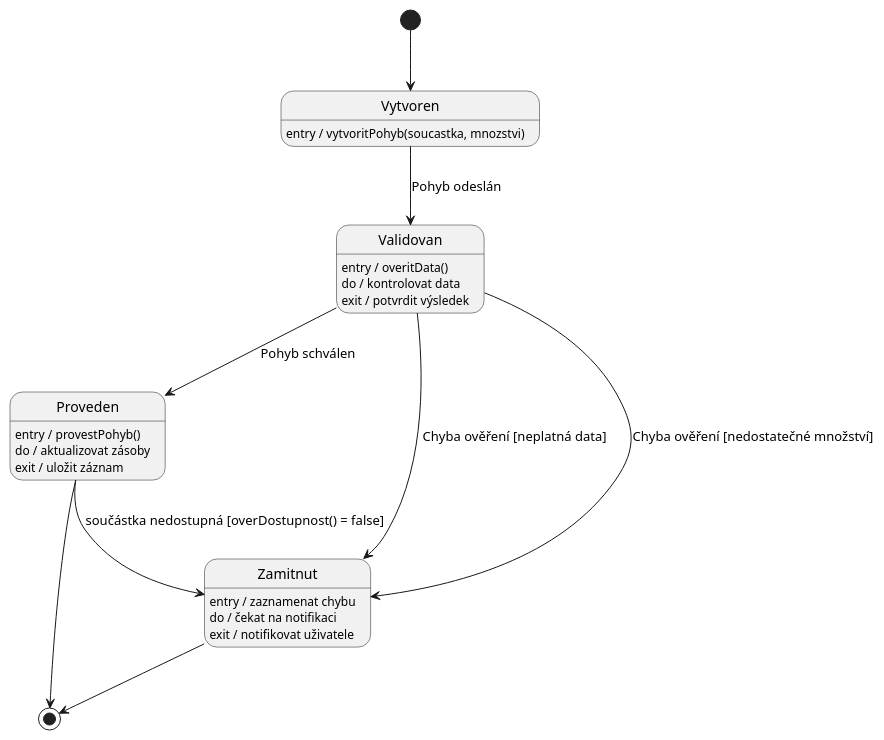
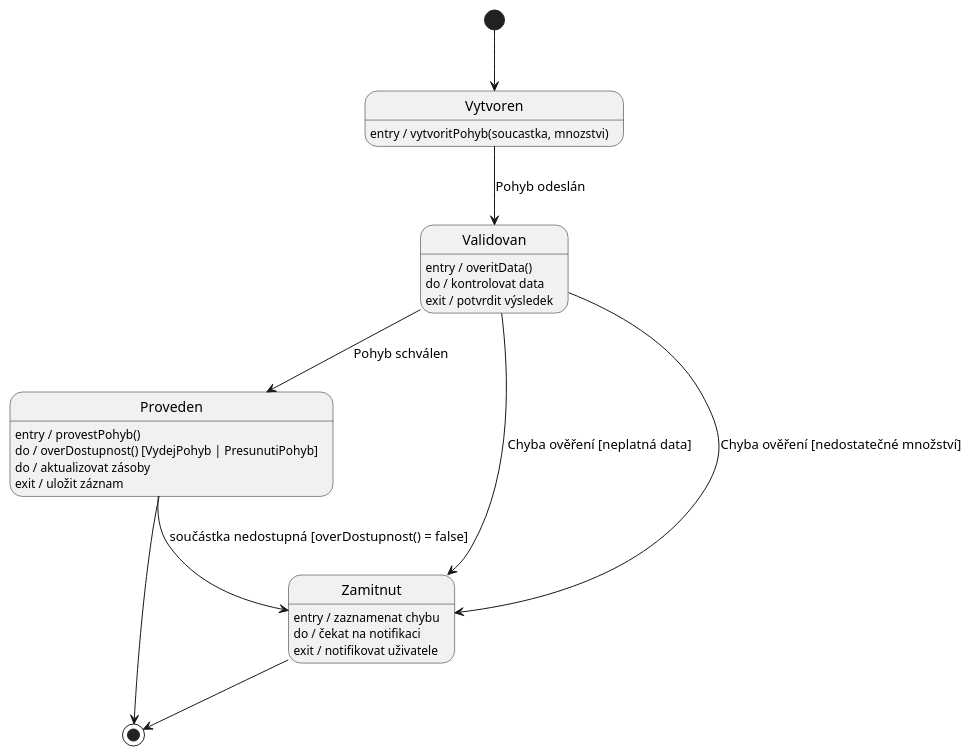
One commit to lkvapil/kOdevzdaniProjektWMS changed the diagram in diagrams/09_state_pohyb_skladu.puml. Above: the diagram before and after it, drawn with PlantUML. The commit also changed 11 other files, not shown here.

Commit message:
build: recompile vsechny diagramy

```diff
--- a/diagrams/09_state_pohyb_skladu.puml
+++ b/diagrams/09_state_pohyb_skladu.puml
@@ -1,35 +1,36 @@
 @startuml
 top to bottom direction
 
 ' Bod 6: míchání stavů podtříd do nadtřídy - pouze jeden stav Proveden
 ' Bod 3: zakončovací přechody bez názvu události
 
 [*] --> Vytvoren
 
 Vytvoren : entry / vytvoritPohyb(soucastka, mnozstvi)
 Vytvoren --> Validovan : Pohyb odeslán
 
 Validovan : entry / overitData()
 Validovan : do / kontrolovat data
 Validovan : exit / potvrdit výsledek
 Validovan --> Proveden  : Pohyb schválen
 Validovan --> Zamitnut  : Chyba ověření [neplatná data]
 Validovan --> Zamitnut  : Chyba ověření [nedostatečné množství]
 
 Zamitnut : entry / zaznamenat chybu
 Zamitnut : do / čekat na notifikaci
 Zamitnut : exit / notifikovat uživatele
 
 ' Proveden – polymorfně spustí provestPohyb() konkrétní podtřídy
 Proveden : entry / provestPohyb()
+Proveden : do / overDostupnost() [VydejPohyb | PresunutiPohyb]
 Proveden : do / aktualizovat zásoby
 Proveden : exit / uložit záznam
 
 ' overDostupnost() muze selhat u VydejPohyb a PresunutiPohyb
 Proveden --> Zamitnut : součástka nedostupná [overDostupnost() = false]
 
 ' zakončovací přechody bez názvu události
 Proveden --> [*]
 Zamitnut --> [*]
 
 @enduml
```
